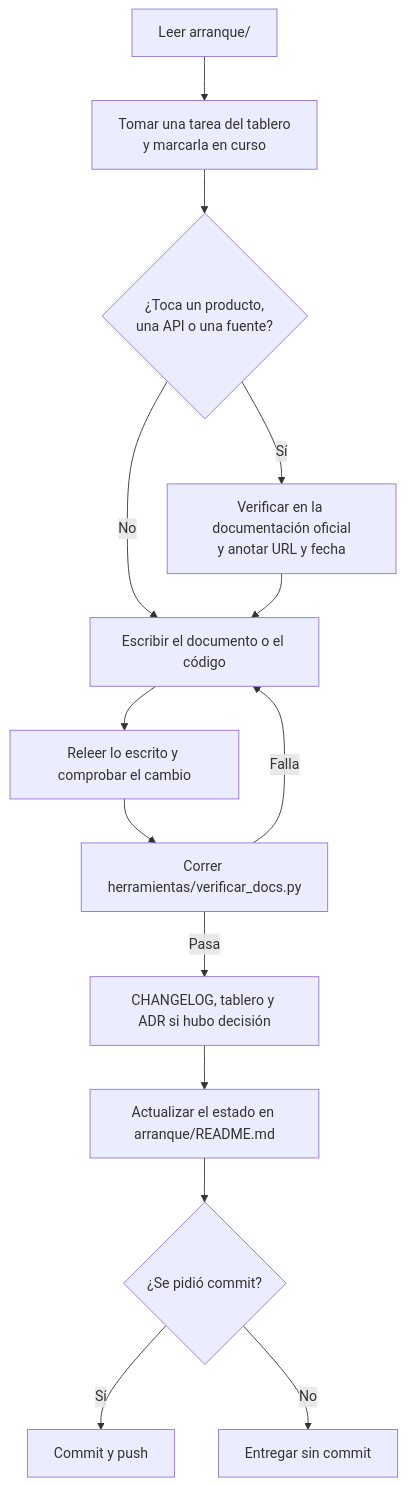
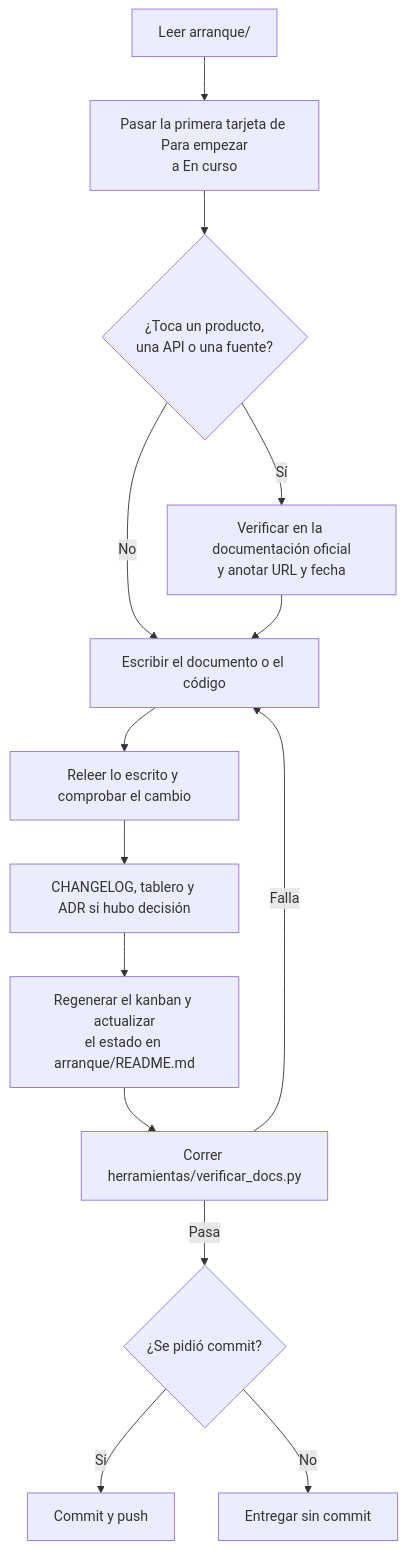
The diagram in arranque/como-se-trabaja.md (andresdiegolanda/el-parte), drawn with Mermaid before and after one commit. The commit also changed other lines of this file and 15 other files, not shown here.

First line of the commit message:
Kanban generado desde el tablero, ADR 0001 y nombre definitivo

````diff
--- a/arranque/como-se-trabaja.md
+++ b/arranque/como-se-trabaja.md
@@ -7,16 +7,16 @@
 ```mermaid
 flowchart TD
-    A[Leer arranque/] --> B[Tomar una tarea del tablero<br/>y marcarla en curso]
+    A[Leer arranque/] --> B[Pasar la primera tarjeta de Para empezar<br/>a En curso]
     B --> C{¿Toca un producto,<br/>una API o una fuente?}
     C -- Sí --> D[Verificar en la documentación oficial<br/>y anotar URL y fecha]
     C -- No --> E
     D --> E[Escribir el documento o el código]
     E --> F[Releer lo escrito y comprobar el cambio]
-    F --> G[Correr herramientas/verificar_docs.py]
+    F --> H[CHANGELOG, tablero y ADR si hubo decisión]
+    H --> I[Regenerar el kanban y actualizar<br/>el estado en arranque/README.md]
+    I --> G[Correr herramientas/verificar_docs.py]
     G -- Falla --> E
-    G -- Pasa --> H[CHANGELOG, tablero y ADR si hubo decisión]
-    H --> I[Actualizar el estado en arranque/README.md]
-    I --> J{¿Se pidió commit?}
+    G -- Pasa --> J{¿Se pidió commit?}
     J -- Sí --> K[Commit y push]
     J -- No --> L[Entregar sin commit]
 ```
````
